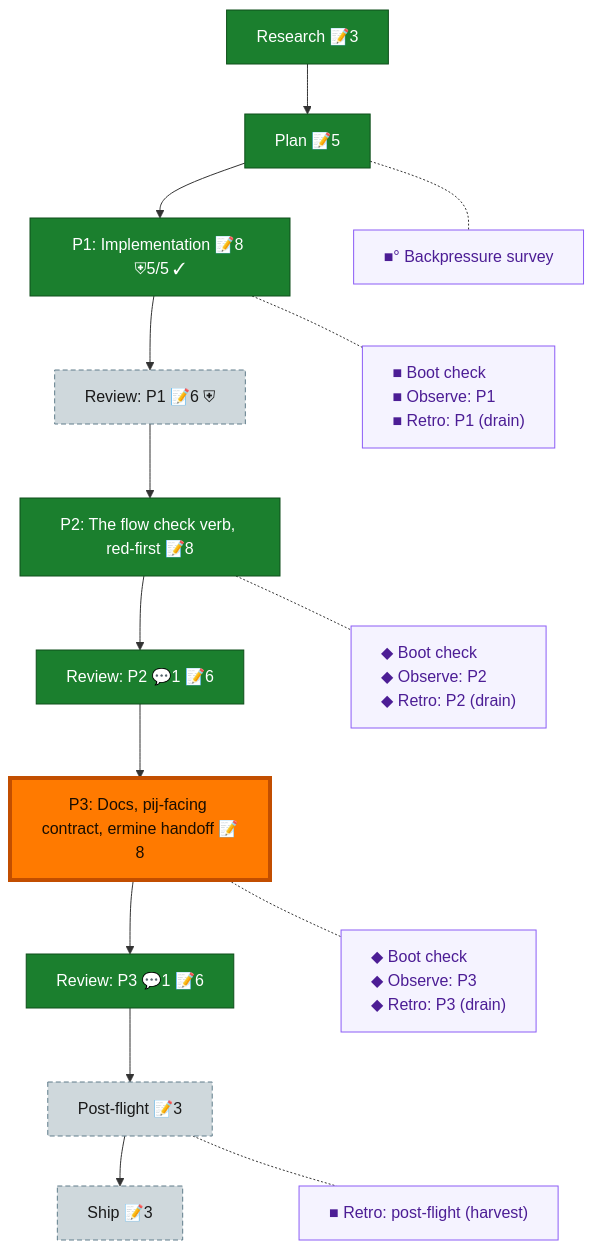
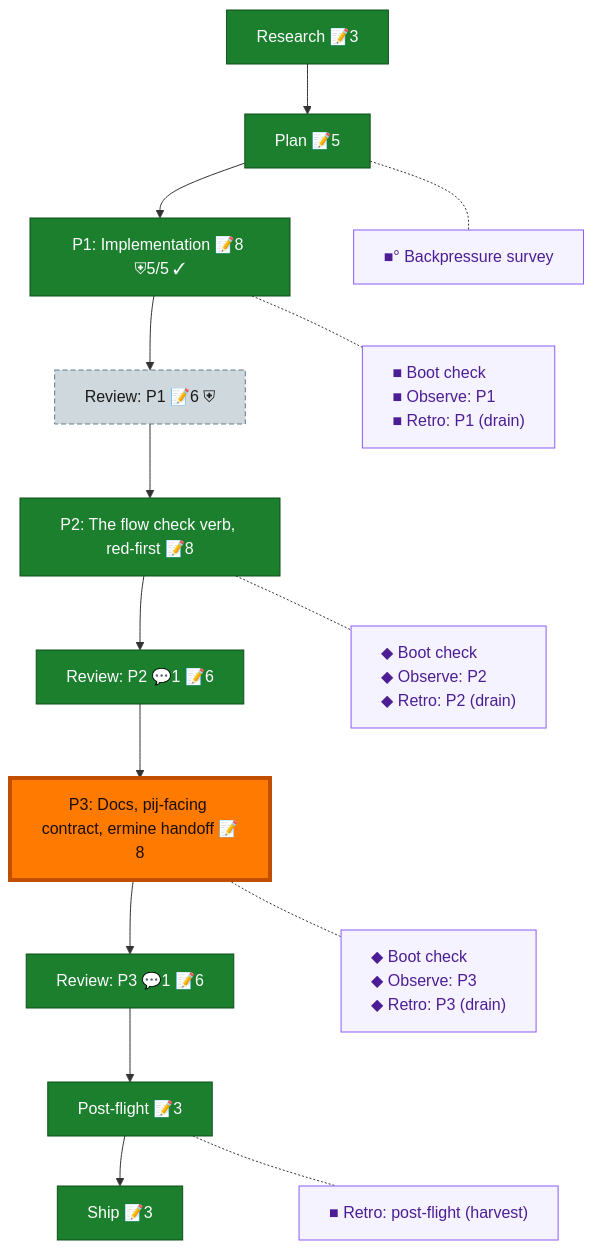
The diagram in docs/plans/081-flow-reachability/the-flow.md (AI-Substrate/harness-engineering), drawn with Mermaid before and after one commit. The commit also changed other lines of this file and 3 other files, not shown here.

First line of the commit message:
chore(081): post-merge flow closure and late guardrails

````diff
--- a/docs/plans/081-flow-reachability/the-flow.md
+++ b/docs/plans/081-flow-reachability/the-flow.md
@@ -8,37 +8,37 @@
 ```mermaid
 flowchart TD
     research["Research 📝3"]:::done
     plan["Plan 📝5"]:::done
     phase_1["P1: Implementation 📝8 ⛨5/5 ✓"]:::done
     review_1["Review: P1 📝6 ⛨"]:::assumed
     phase_2["P2: The flow check verb, red-first 📝8"]:::done
     review_2["Review: P2 💬1 📝6"]:::done
     phase_3["P3: Docs, pij-facing contract, ermine handoff 📝8"]:::done
     review_3["Review: P3 💬1 📝6"]:::done
-    post_flight["Post-flight 📝3"]:::assumed
-    ship["Ship 📝3"]:::assumed
+    post_flight["Post-flight 📝3"]:::done
+    ship["Ship 📝3"]:::done
 
     research --> plan --> phase_1 --> review_1 --> phase_2 --> review_2 --> phase_3 --> review_3 --> post_flight --> ship
 
     planC["■° Backpressure survey"]:::chore
     phase_1C["■ Boot check<br/>■ Observe: P1<br/>■ Retro: P1 (drain)"]:::chore
     phase_2C["◆ Boot check<br/>◆ Observe: P2<br/>◆ Retro: P2 (drain)"]:::chore
     phase_3C["◆ Boot check<br/>◆ Observe: P3<br/>◆ Retro: P3 (drain)"]:::chore
     post_flightC["■ Retro: post-flight (harvest)"]:::chore
 
     %% invisible chain holds the gutter boxes in their own column
     planC ~~~ phase_1C ~~~ phase_2C ~~~ phase_3C ~~~ post_flightC
 
     %% dotted links pull each gutter box beside its node
     plan -.- planC
     phase_1 -.- phase_1C
     phase_2 -.- phase_2C
     phase_3 -.- phase_3C
     post_flight -.- post_flightC
 
     classDef done fill:#1B7F2E,stroke:#0F4F1B,color:#fff;
     classDef assumed fill:#CFD8DC,stroke:#607D8B,color:#1a1a1a,stroke-dasharray:5 3;
     classDef chore fill:#f5f3ff,stroke:#8b5cf6,color:#4c1d95,text-align:left;
     classDef current fill:#FF7A00,stroke:#C24E00,color:#1a0e00,stroke-width:4px;
     class phase_3 current;
 ```
````
